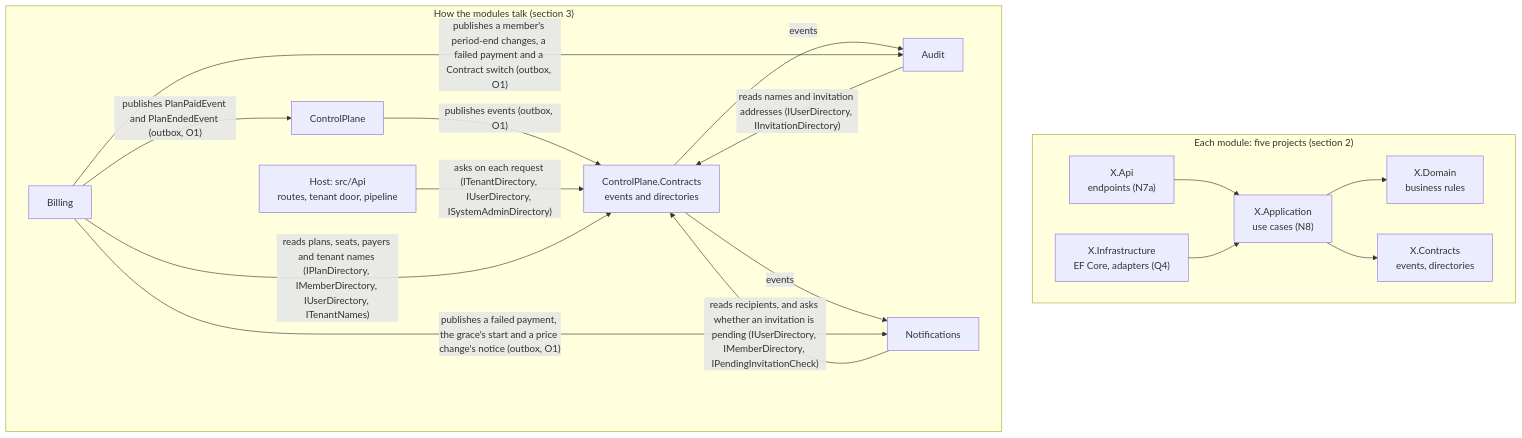
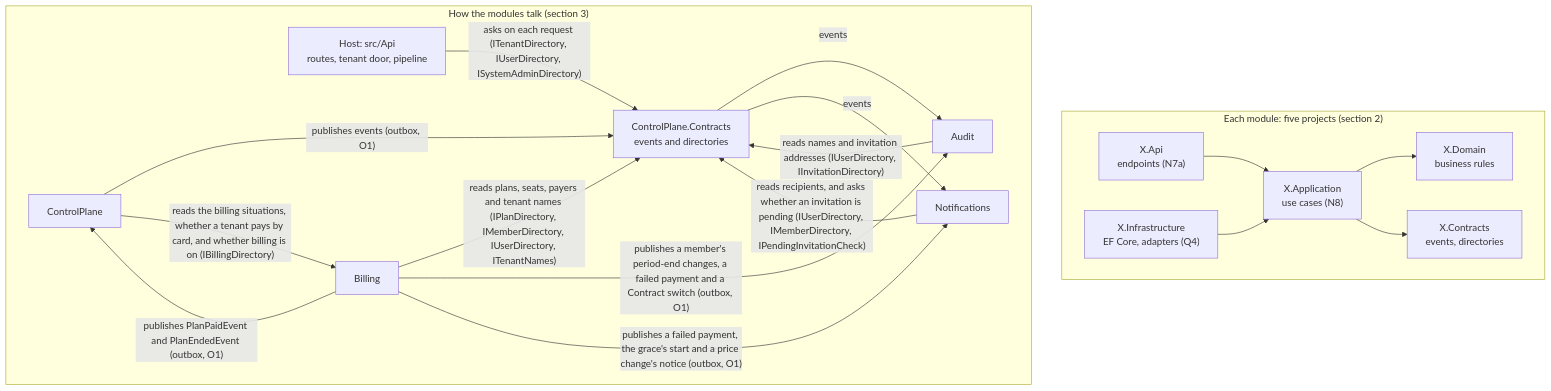
The diagram in apps/api/docs/ARCHITECTURE.md (sufyant/multi-tenant-saas-starter), drawn with Mermaid before and after one commit. The commit also changed other lines of this file and 72 other files, not shown here.

First line of the commit message:
40b-backend, part 12: the platform's billing reads, the billing filter, and no plan change by card

````diff
--- a/apps/api/docs/ARCHITECTURE.md
+++ b/apps/api/docs/ARCHITECTURE.md
@@ -13,29 +13,30 @@
 ```mermaid
 flowchart TB
   subgraph module["Each module: five projects (section 2)"]
     direction LR
     api["X.Api<br/>endpoints (N7a)"] --> app["X.Application<br/>use cases (N8)"]
     app --> domain["X.Domain<br/>business rules"]
     infra["X.Infrastructure<br/>EF Core, adapters (Q4)"] --> app
     app --> contracts["X.Contracts<br/>events, directories"]
   end
   subgraph modules["How the modules talk (section 3)"]
     direction LR
     host["Host: src/Api<br/>routes, tenant door, pipeline"]
     cp["ControlPlane"]
     cpc["ControlPlane.Contracts<br/>events and directories"]
     audit["Audit"]
     notify["Notifications"]
     billing["Billing"]
     cp -- "publishes events (outbox, O1)" --> cpc
     cpc -- "events" --> audit
     cpc -- "events" --> notify
     audit -- "reads names and invitation addresses (IUserDirectory, IInvitationDirectory)" --> cpc
     notify -- "reads recipients, and asks whether an invitation is pending (IUserDirectory, IMemberDirectory, IPendingInvitationCheck)" --> cpc
     host -- "asks on each request (ITenantDirectory, IUserDirectory, ISystemAdminDirectory)" --> cpc
     billing -- "reads plans, seats, payers and tenant names (IPlanDirectory, IMemberDirectory, IUserDirectory, ITenantNames)" --> cpc
     billing -- "publishes PlanPaidEvent and PlanEndedEvent (outbox, O1)" --> cp
     billing -- "publishes a member's period-end changes, a failed payment and a Contract switch (outbox, O1)" --> audit
     billing -- "publishes a failed payment, the grace's start and a price change's notice (outbox, O1)" --> notify
+    cp -- "reads the billing situations, whether a tenant pays by card, and whether billing is on (IBillingDirectory)" --> billing
   end
 ```
````
